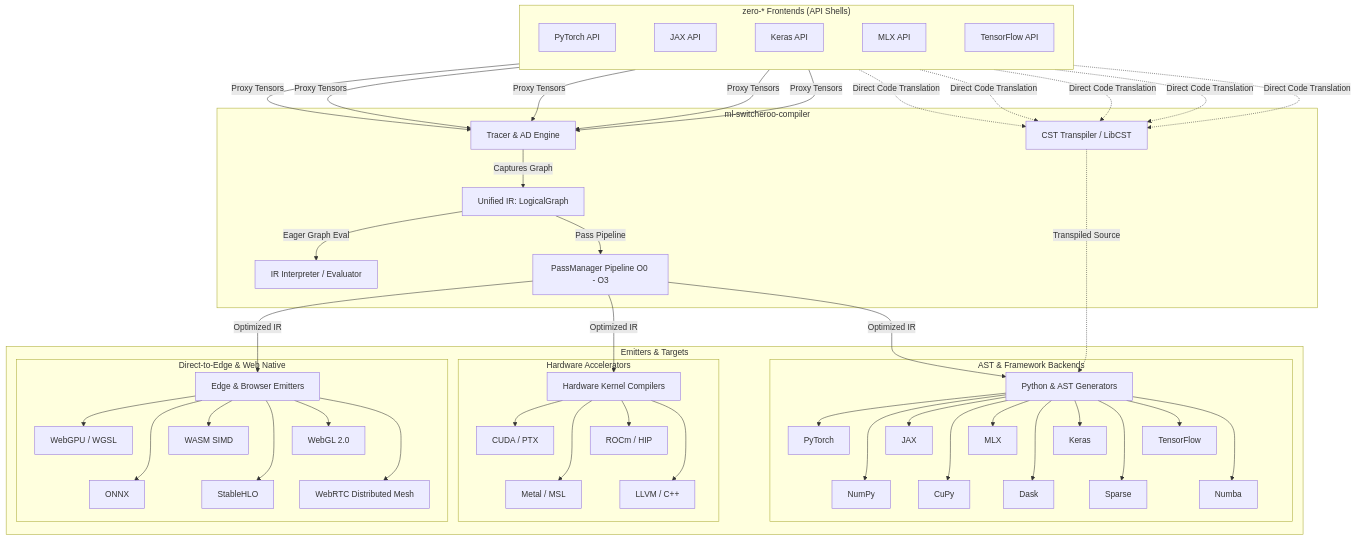
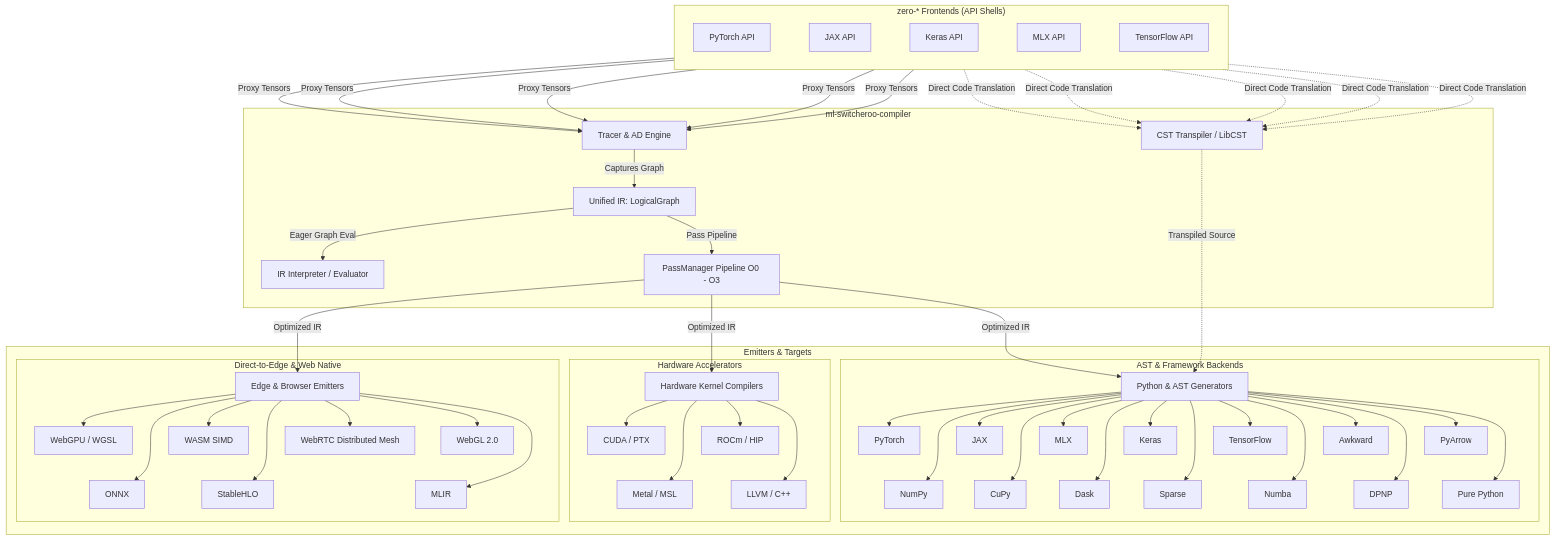
The first of 2 diagrams in README.md (SamuelMarks/ml-switcheroo-compiler), drawn with Mermaid before and after one commit. The commit also changed other lines of this file and 369 other files, not shown here.

```diff
--- a/README.md
+++ b/README.md
@@ -79,14 +81,21 @@
             DK_B[Dask]
             SP_B[Sparse]
             NB_B[Numba]
+            AK_B[Awkward]
+            DP_B[DPNP]
+            PA_B[PyArrow]
+            PY_B[Pure Python]
 
             GEN_S2S --> PT_B & JX_B & MLX_B & KR_B & TF_B
             GEN_S2S --> NP_B & CP_B & DK_B & SP_B & NB_B
+            GEN_S2S --> AK_B & DP_B & PA_B & PY_B
             PT_B ~~~ NP_B
             JX_B ~~~ CP_B
             MLX_B ~~~ DK_B
             KR_B ~~~ SP_B
             TF_B ~~~ NB_B
+            AK_B ~~~ DP_B
+            PA_B ~~~ PY_B
         end
 
         subgraph Hardware ["Hardware Accelerators"]
@@ -109,13 +118,15 @@
             GL_B[WebGL 2.0]
             ONNX_B[ONNX]
             SHLO_B[StableHLO]
+            MLIR_B[MLIR]
             RTC_B[WebRTC Distributed Mesh]
 
             GEN_EDGE --> WG_B & WA_B & GL_B
-            GEN_EDGE --> ONNX_B & SHLO_B & RTC_B
+            GEN_EDGE --> ONNX_B & SHLO_B & MLIR_B & RTC_B
             WG_B ~~~ ONNX_B
             WA_B ~~~ SHLO_B
-            GL_B ~~~ RTC_B
+            GL_B ~~~ MLIR_B
+            RTC_B ~~~ MLIR_B
         end
     end
 
```
